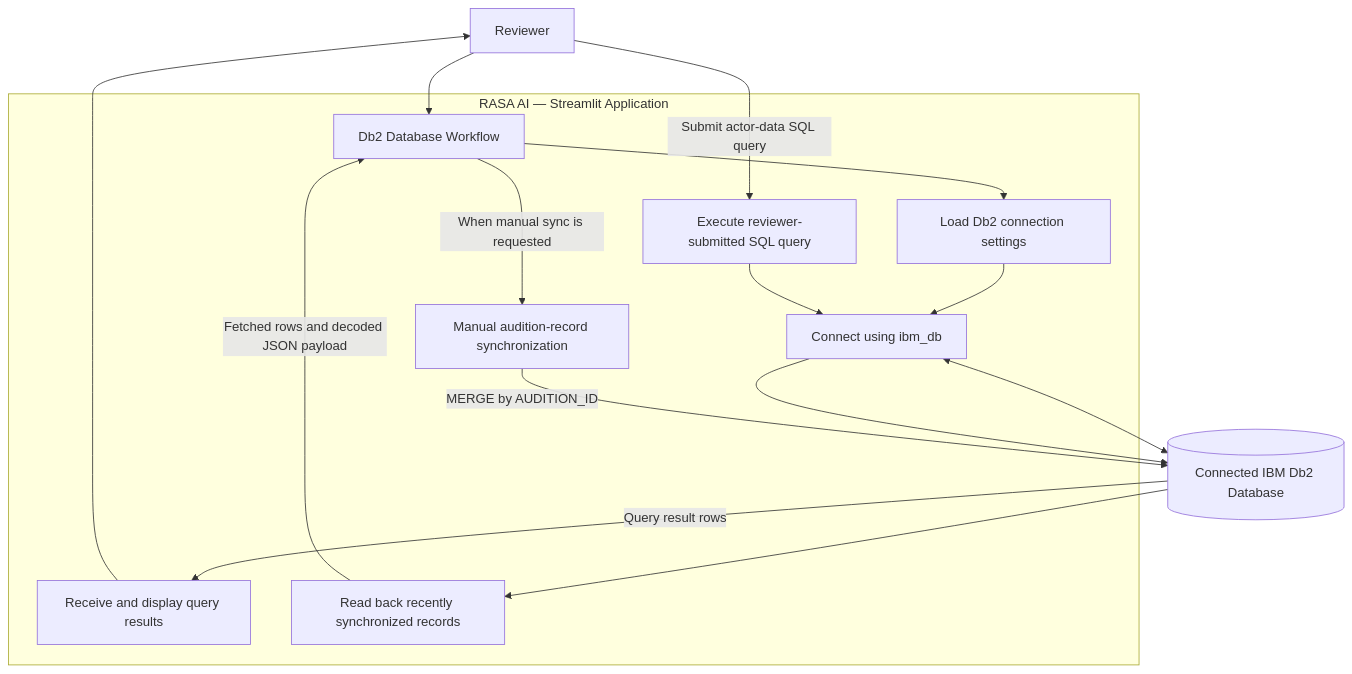
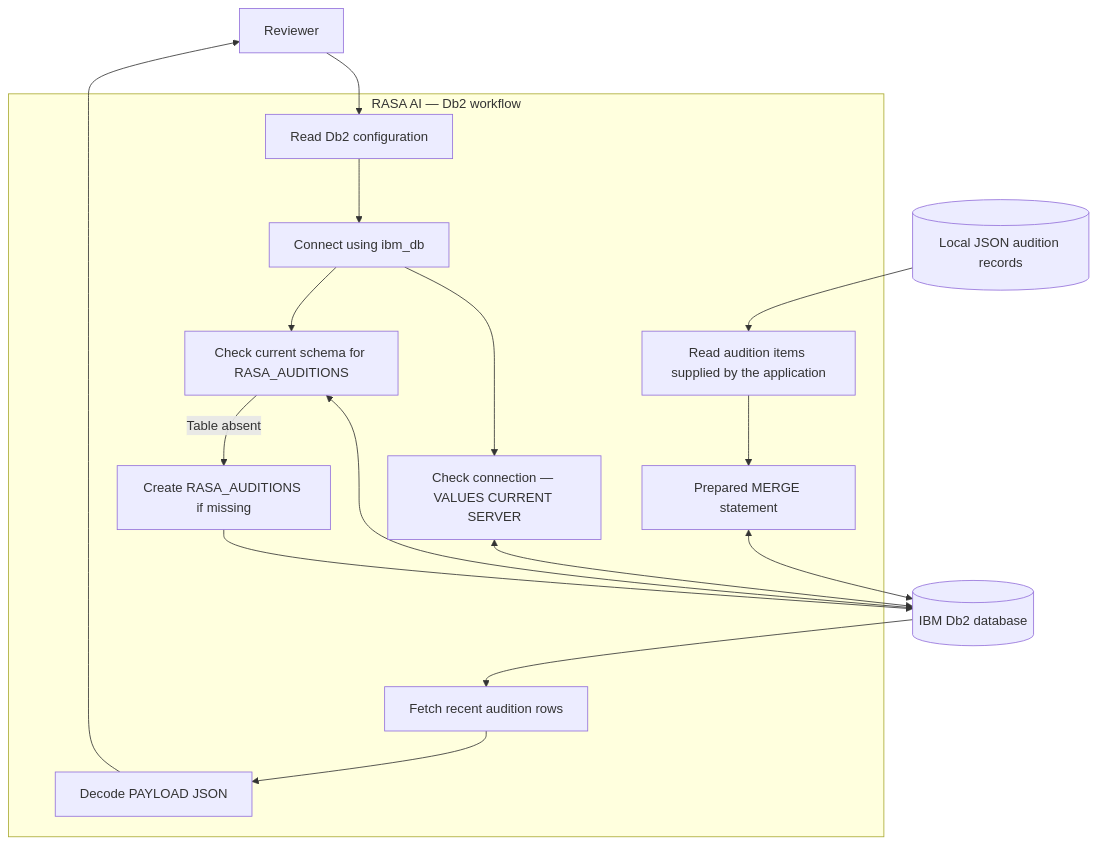
One commit to AdityaSrivastava8/Db2_Hack_2026 changed the second of 2 diagrams in architecture.md. Above: the diagram before and after it, drawn with Mermaid. The commit also changed other lines of this file and 1 other file, not shown here.

````diff
--- a/architecture.md
+++ b/architecture.md
@@ -105,32 +214,37 @@
 ``` mermaid
 flowchart TD
-    USER["Reviewer"]
+    Reviewer["Reviewer"]
 
-    subgraph APP["RASA AI — Streamlit Application"]
-        TAB["Db2 Database Workflow"]
-        CONFIG["Load Db2 connection settings"]
+    subgraph RASA["RASA AI — Db2 workflow"]
+        CONFIG["Read Db2 configuration"]
         CONNECT["Connect using ibm_db"]
-        QUERY["Execute reviewer-submitted SQL query"]
-        RESULT["Receive and display query results"]
-        SYNC["Manual audition-record synchronization"]
-        READ["Read back recently synchronized records"]
+        STATUS["Check connection — VALUES CURRENT SERVER"]
+        INIT["Check current schema for RASA_AUDITIONS"]
+        CREATE["Create RASA_AUDITIONS if missing"]
+        LOCAL["Read audition items supplied by the application"]
+        MERGE["Prepared MERGE statement"]
+        FETCH["Fetch recent audition rows"]
+        DECODE["Decode PAYLOAD JSON"]
     end
 
-    DB[("Connected IBM Db2 Database")]
+    JSON[("Local JSON audition records")]
+    DB[("IBM Db2 database")]
 
-    USER --> TAB
-    TAB --> CONFIG
+    Reviewer --> CONFIG
     CONFIG --> CONNECT
-    CONNECT <--> DB
+    CONNECT --> STATUS
+    STATUS <--> DB
 
-    USER -->|"Submit actor-data SQL query"| QUERY
-    QUERY --> CONNECT
-    CONNECT --> DB
-    DB -->|"Query result rows"| RESULT
-    RESULT --> USER
+    CONNECT --> INIT
+    INIT <--> DB
+    INIT -->|Table absent| CREATE
+    CREATE --> DB
 
-    TAB -->|"When manual sync is requested"| SYNC
-    SYNC -->|"MERGE by AUDITION_ID"| DB
-    DB --> READ
-    READ -->|"Fetched rows and decoded JSON payload"| TAB
+    JSON --> LOCAL
+    LOCAL --> MERGE
+    MERGE <--> DB
+
+    DB --> FETCH
+    FETCH --> DECODE
+    DECODE --> Reviewer
 ```
````
